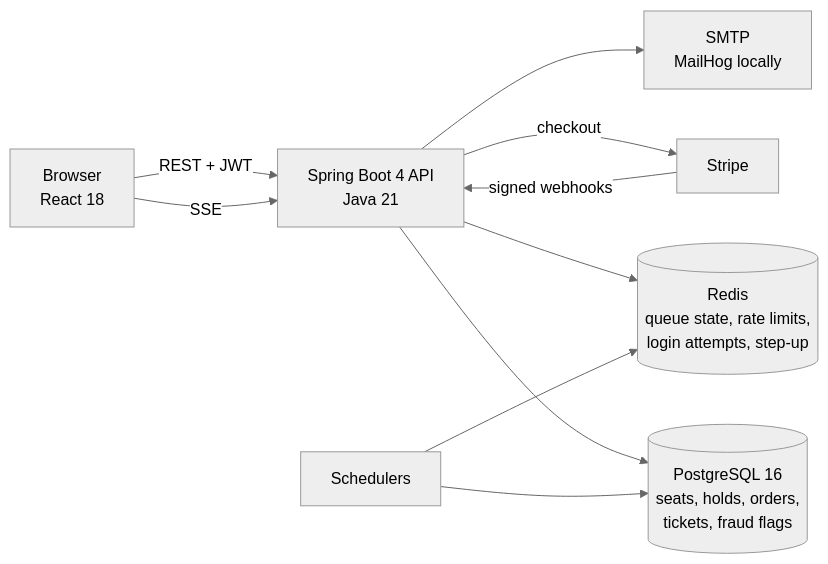
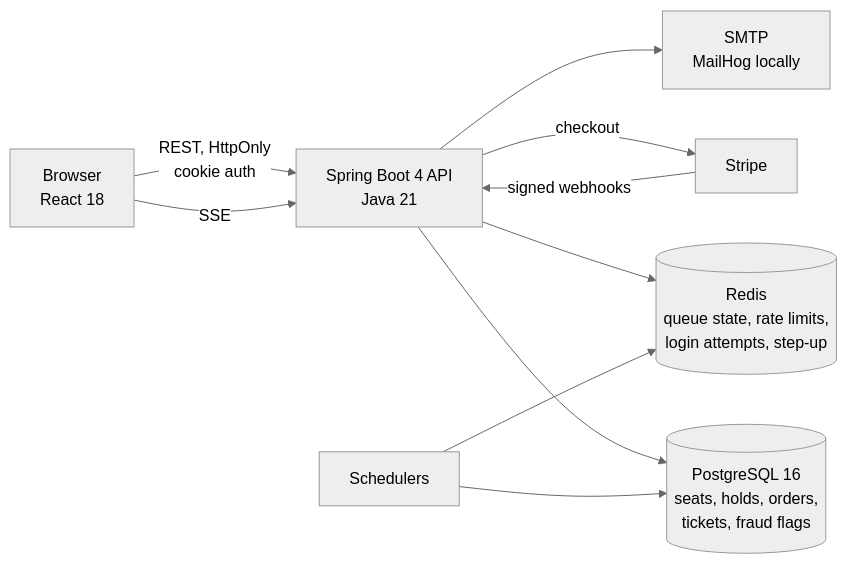
Before and after one commit to firegiant9000/FairTix: the diagram in README.md, drawn with Mermaid (neutral theme). The commit also changed other lines of this file and 1 other file, not shown here.

````diff
--- a/README.md
+++ b/README.md
@@ -65,12 +91,12 @@
 ```mermaid
 flowchart LR
-  B[Browser<br/>React 18] -->|REST + JWT| API[Spring Boot 4 API<br/>Java 21]
+  B[Browser<br/>React 18] -->|REST, HttpOnly<br/>cookie auth| API[Spring Boot 4 API<br/>Java 21]
   B -->|SSE| API
   API --> PG[(PostgreSQL 16<br/>seats, holds, orders,<br/>tickets, fraud flags)]
   API --> R[(Redis<br/>queue state, rate limits,<br/>login attempts, step-up)]
   API -->|checkout| S[Stripe]
   S -->|signed webhooks| API
   API --> M[SMTP<br/>MailHog locally]
   SCH[Schedulers] --> PG
   SCH --> R
 ```
````
